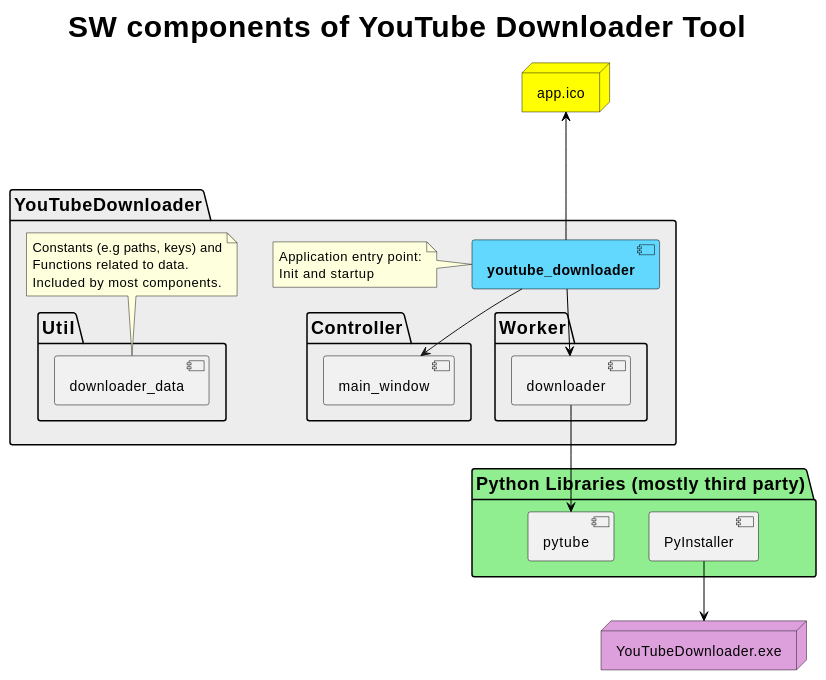
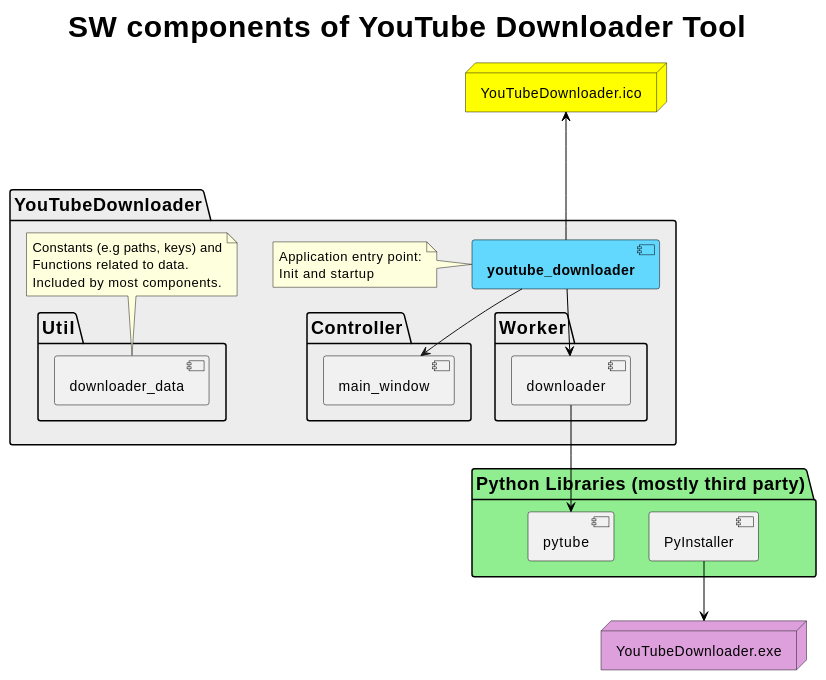
Before and after one commit to timounger/YouTubeDownloader: the diagram in CONTRIBUTING.md, drawn with PlantUML. The commit also changed 18 other files, not shown here.

```diff
--- a/CONTRIBUTING.md
+++ b/CONTRIBUTING.md
@@ -12,50 +12,50 @@
 @startuml cdYouTubeDownloaderSWComponents
 skinparam titleFontSize 30
 skinparam titleFontStyle bold
 skinparam packageBorderColor black
 skinparam packageFontSize 18
 skinparam groupFontStyle bold
 skinparam componentBorderColor black
 skinparam interfaceBorderColor black
 skinparam CollectionsBorderColor black
 
 title SW components of YouTube Downloader Tool
 
-node "app.ico" as icon #yellow
+node "YouTubeDownloader.ico" as icon #yellow
 
 package "YouTubeDownloader" as YtDl #ededed {
   component "**youtube_downloader**" as youtube_downloader #63d8ff
   note left of youtube_downloader
     Application entry point:
     Init and startup
   end note
   package "Controller" as controller {
     [main_window]
   }
   package "Util" as util {
     [downloader_data] as data
   }
   note top of data
     Constants (e.g paths, keys) and
     Functions related to data.
     Included by most components.
   end note
   package "Worker" {
     [downloader]
   }
   [youtube_downloader] -d-> [main_window]
   [youtube_downloader] -[#black]u--> icon
 }
 
 node "YouTubeDownloader.exe" #plum
 
 package "Python Libraries (mostly third party)" #lightgreen {
  [PyInstaller]
  [pytube]
 }
 
 [youtube_downloader] -[#black]-> [downloader]
 [downloader] -[#black]-> [pytube]
 [PyInstaller] -[#black]d-> YouTubeDownloader.exe
 
 @enduml
```
